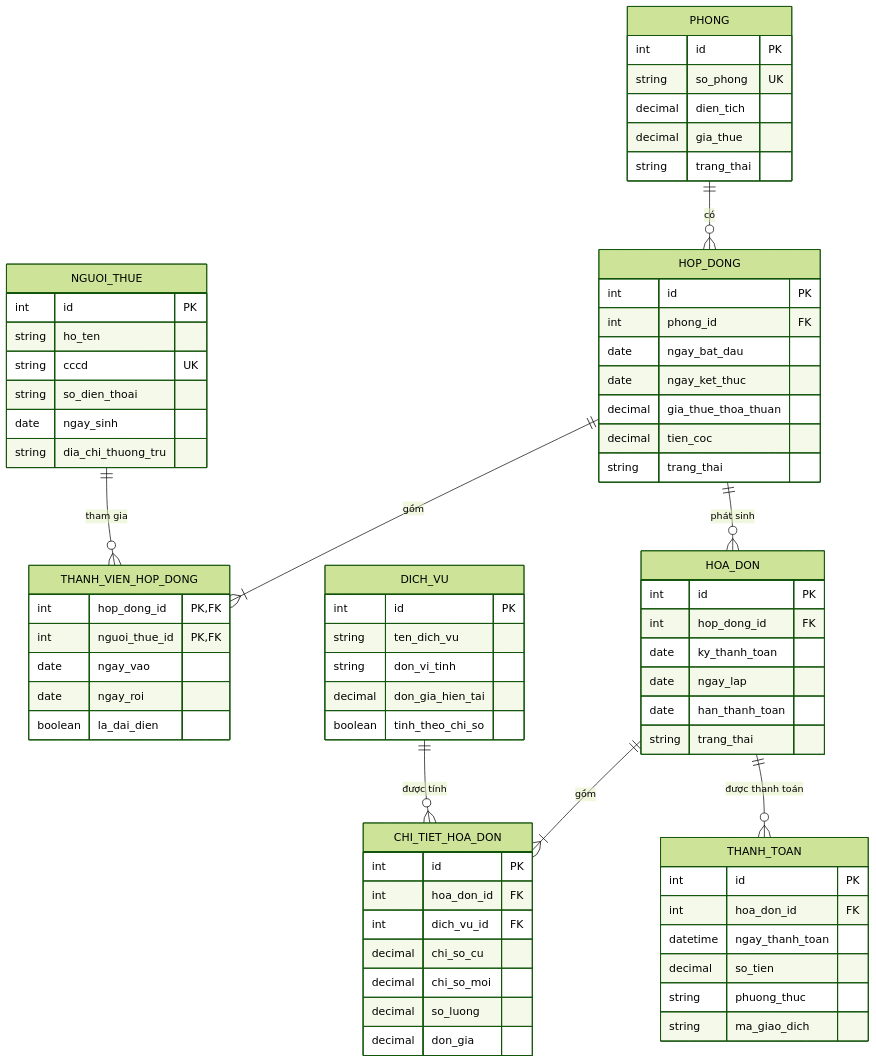
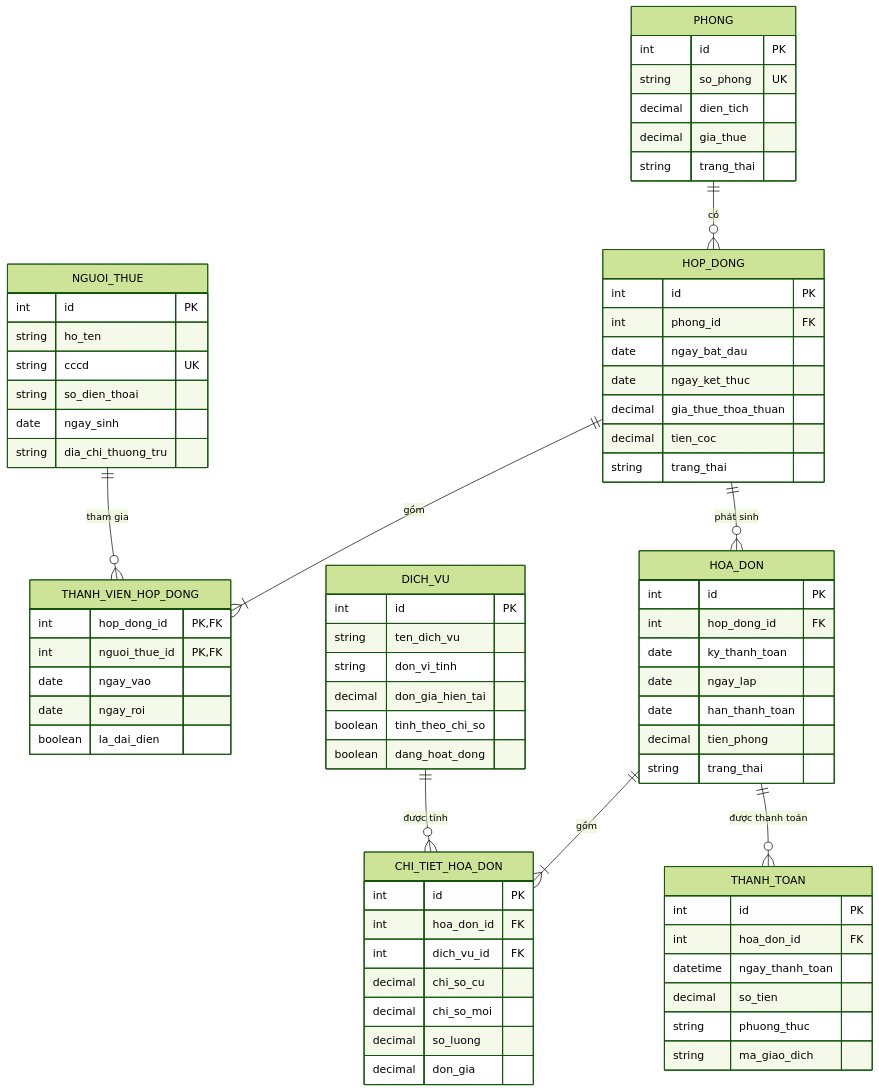
Before and after one commit to canhphung/QuanLyPhongTro: the diagram in docs/erd.md, drawn with Mermaid (forest theme).

Commit message:
Update ERD with new fields for DICH_VU and HOA_DON

```diff
--- a/docs/erd.md
+++ b/docs/erd.md
@@ -3,9 +3,11 @@
     PHONG ||--o{ HOP_DONG : "có"
     HOP_DONG ||--|{ THANH_VIEN_HOP_DONG : "gồm"
     NGUOI_THUE ||--o{ THANH_VIEN_HOP_DONG : "tham gia"
+
     HOP_DONG ||--o{ HOA_DON : "phát sinh"
     HOA_DON ||--|{ CHI_TIET_HOA_DON : "gồm"
     DICH_VU ||--o{ CHI_TIET_HOA_DON : "được tính"
+
     HOA_DON ||--o{ THANH_TOAN : "được thanh toán"
 
     PHONG {
@@ -49,6 +51,7 @@
         date ky_thanh_toan
         date ngay_lap
         date han_thanh_toan
+        decimal tien_phong
         string trang_thai
     }
 
@@ -58,6 +61,7 @@
         string don_vi_tinh
         decimal don_gia_hien_tai
         boolean tinh_theo_chi_so
+        boolean dang_hoat_dong
     }
 
     CHI_TIET_HOA_DON {
```
